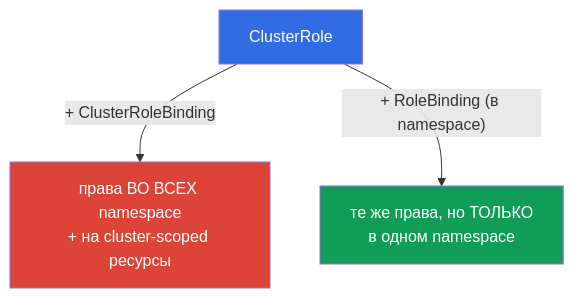
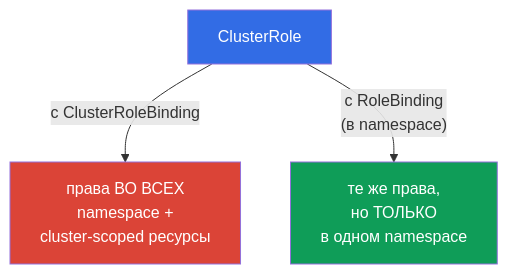
Before and after one commit to ViktorUJ/cks: the fourth of 6 diagrams in tasks/cka/course/38/ru.md, drawn with Mermaid. The commit also changed other lines of this file and 30 other files, not shown here.

````diff
--- a/tasks/cka/course/38/ru.md
+++ b/tasks/cka/course/38/ru.md
@@ -119,9 +110,9 @@
 ```mermaid
 flowchart TB
     cr["ClusterRole"]
-    cr -->|"+ ClusterRoleBinding"| all["права ВО ВСЕХ namespace<br>+ на cluster-scoped ресурсы"]
-    cr -->|"+ RoleBinding (в namespace)"| one["те же права, но ТОЛЬКО<br>в одном namespace"]
+    cr -->|"с ClusterRoleBinding"| all["права ВО ВСЕХ<br>namespace +<br>cluster-scoped ресурсы"]
+    cr -->|"с RoleBinding<br>(в namespace)"| one["те же права,<br>но ТОЛЬКО<br>в одном namespace"]
     style cr fill:#326ce5,color:#fff
     style all fill:#db4437,color:#fff
     style one fill:#0f9d58,color:#fff
 ```
````
